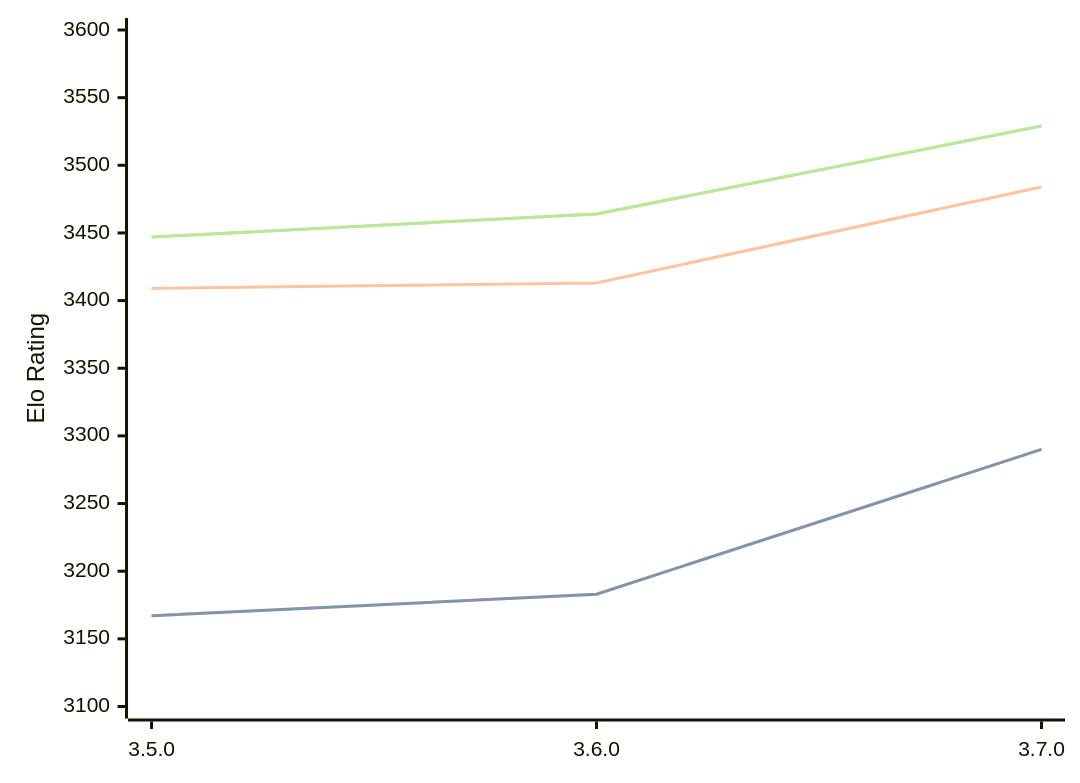
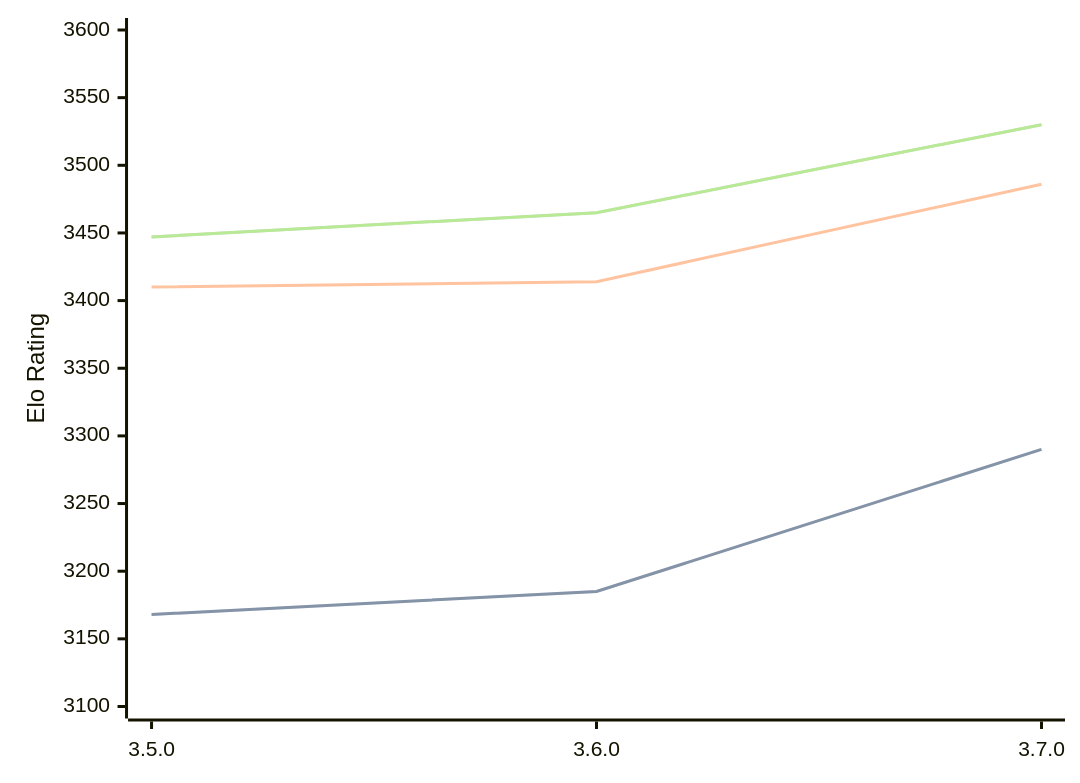
One commit to computer-chess-index/cci changed the diagram in engines/Igel.md. Above: the diagram before and after it, drawn with Mermaid. The commit also changed other lines of this file, not shown here.

Commit message:
Update CCI Ratings (ELO VLTC) - 2026-09-16

````diff
--- a/engines/Igel.md
+++ b/engines/Igel.md
@@ -33,11 +33,11 @@
 ```mermaid
 %%{init: {"theme":"base","themeVariables":{"seriesColors:['#a3a3a3','#222221','#faa371']}}}%%
 xychart-beta
   x-axis ["3.5.0", "3.6.0", "3.7.0"]
   y-axis "Elo Rating" 3100 --> 3600
-  line "" [3167, 3183, 3290]
-  line "STC (8.0+0.08s)" [3167, 3183, 3290]
-  line "LTC (60.0+0.60s)" [3409, 3413, 3484]
-  line "" [3447, 3464, 3529]
-  line "VLTC (2m24s+1.12s)" [3447, 3464, 3529]
+  line "" [3168, 3185, 3290]
+  line "STC (8.0+0.08s)" [3168, 3185, 3290]
+  line "LTC (60.0+0.60s)" [3410, 3414, 3486]
+  line "" [3447, 3465, 3530]
+  line "VLTC (2m24s+1.12s)" [3447, 3465, 3530]
 ```
````
